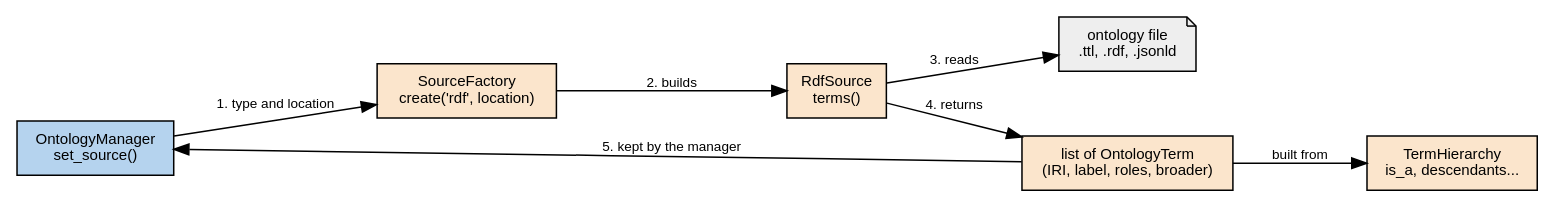
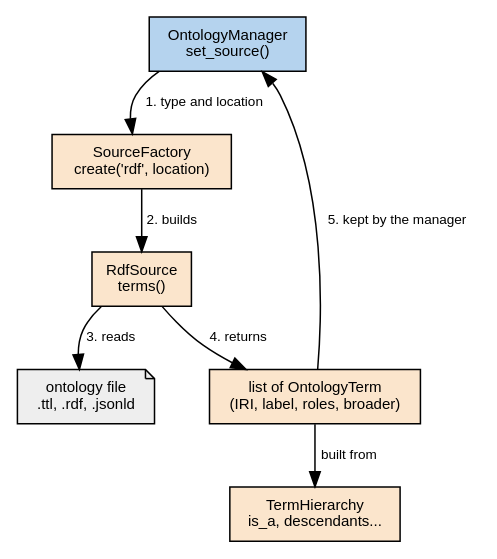
One commit to PyMoDAQ/PyMoDAQ changed the first of 5 diagrams in docs/src/developer_folder/ontology_manager.rst. Above: the diagram before and after it, drawn with Graphviz. The commit also changed other lines of this file, not shown here.

First line of the commit message:
docs: vertical step-by-step diagrams on the ontology manager page

```diff
--- a/docs/src/developer_folder/ontology_manager.rst
+++ b/docs/src/developer_folder/ontology_manager.rst
@@ -100,19 +100,19 @@
 .. graphviz::
    :caption: The manager asks the factory for a source, the source returns the terms
 
    digraph reading {
-     rankdir=LR; nodesep=0.4; ranksep=0.6; node [shape=box, fontname="Helvetica", fontsize=10, style=filled];
+     rankdir=TB; nodesep=0.5; ranksep=0.45; node [shape=box, fontname="Helvetica", fontsize=10, style=filled];
      edge [fontname="Helvetica", fontsize=9];
      mgr [label="OntologyManager\nset_source()", fillcolor="#b5d3ee"];
      factory [label="SourceFactory\ncreate('rdf', location)", fillcolor="#fbe5cc"];
      src [label="RdfSource\nterms()", fillcolor="#fbe5cc"];
      file [label="ontology file\n.ttl, .rdf, .jsonld", shape=note, fillcolor="#eeeeee"];
      term [label="list of OntologyTerm\n(IRI, label, roles, broader)", fillcolor="#fbe5cc"];
      hier [label="TermHierarchy\nis_a, descendants...", fillcolor="#fbe5cc"];
      mgr -> factory [label="1. type and location"];
      factory -> src [label="2. builds"];
      src -> file [label="3. reads"];
      src -> term [label="4. returns"];
      term -> mgr [label="5. kept by the manager"];
      term -> hier [label="built from"];
    }
```
